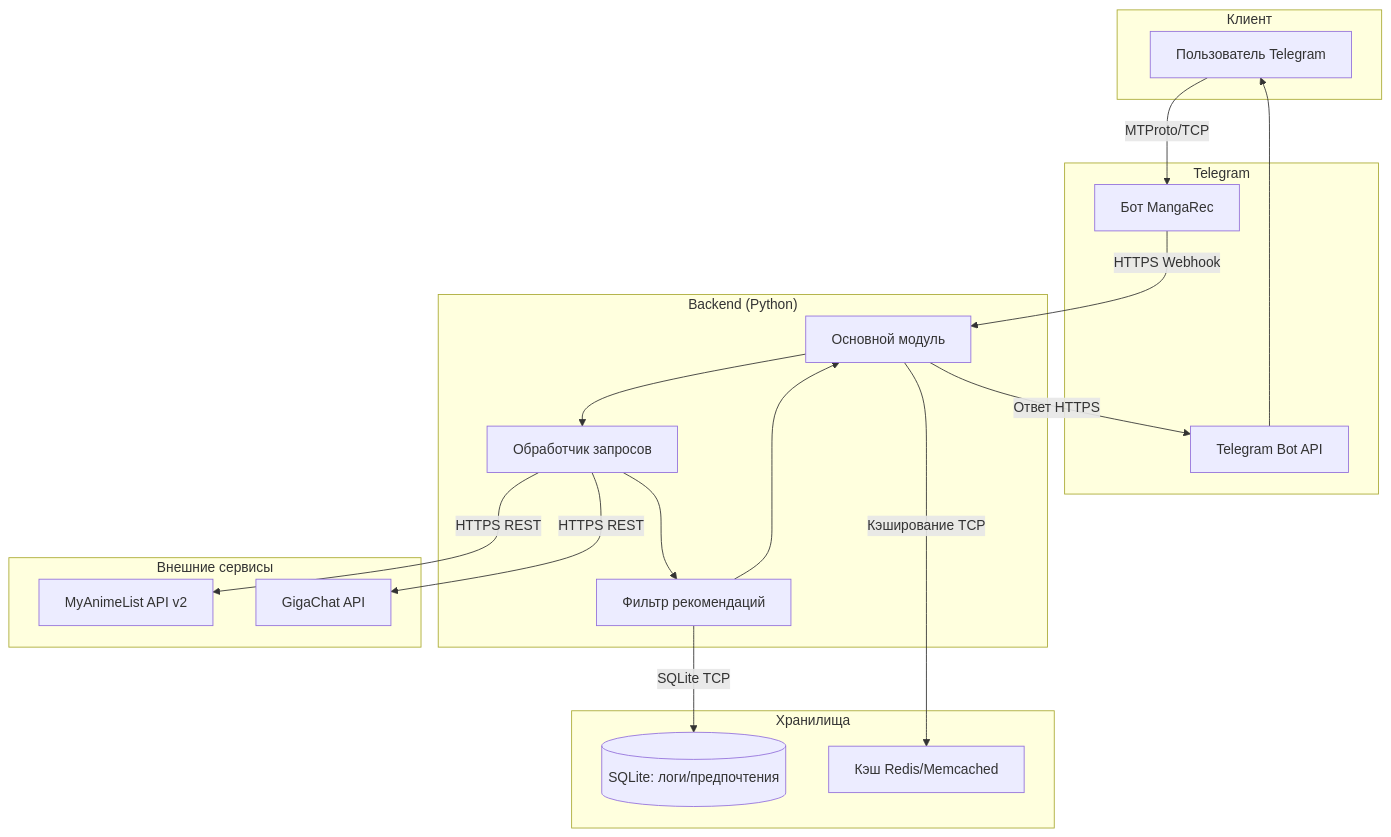
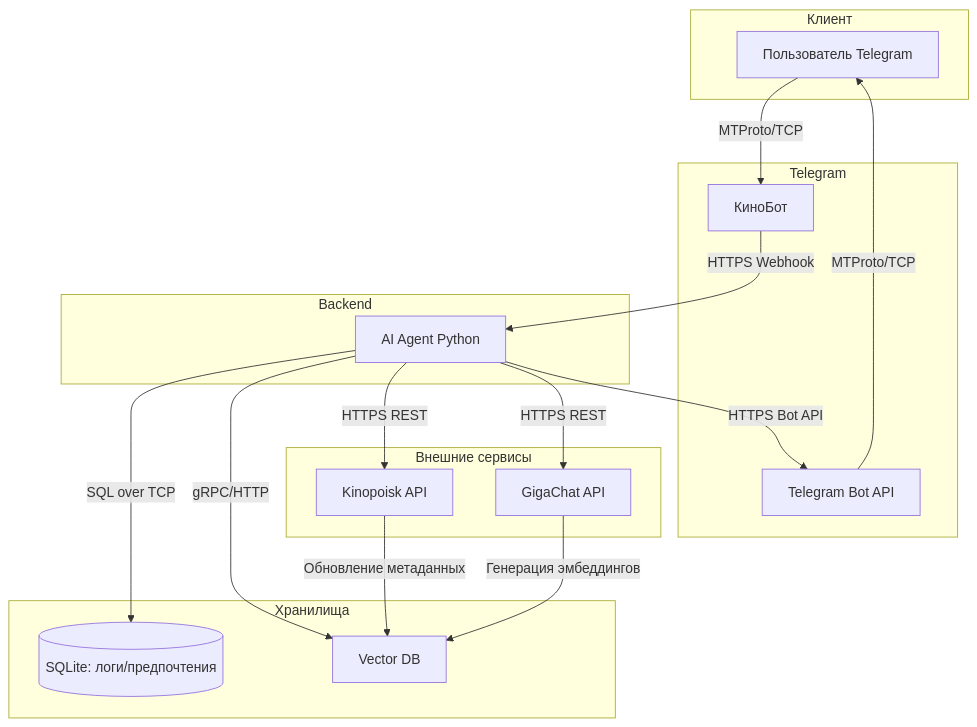
The diagram in README.md (toxicneka/catlover), drawn with Mermaid before and after one commit.

````diff
--- a/README.md
+++ b/README.md
@@ -1,41 +1,37 @@
 ```mermaid
 graph TD
     subgraph "Клиент"
         A[Пользователь Telegram]
     end
     
     subgraph "Telegram"
-        B[Бот MangaRec]
+        B[КиноБот]
         I[Telegram Bot API]
     end
     
-    subgraph "Backend (Python)"
-        D[Основной модуль]
-        E[Обработчик запросов]
-        F[Фильтр рекомендаций]
+    subgraph "Backend"
+        D[AI Agent Python]
     end
     
     subgraph "Хранилища"
         S[(SQLite: логи/предпочтения)]
-        C[Кэш Redis/Memcached]
+        V[Vector DB]
     end
     
     subgraph "Внешние сервисы"
-        M[MyAnimeList API v2]
-        G[GigaChat API]
+        K[Kinopoisk API]
+        GC[GigaChat API]
     end
 
-    A -- MTProto/TCP --> B
-    B -- HTTPS Webhook --> D
-    D --> E
-    E -- HTTPS REST --> M
-    E -- HTTPS REST --> G
-    F -- SQLite TCP --> S
-    D -- Ответ HTTPS --> I
-    I --> A
-    
-    %% Внутренние связи
-    E --> F
-    F --> D
-    D -- Кэширование TCP --> C
+    A -- "MTProto/TCP" --> B
+    B -- "HTTPS Webhook" --> D
+    D -- "SQL over TCP" --> S
+    D -- "gRPC/HTTP" --> V
+    D -- "HTTPS REST" --> K
+    D -- "HTTPS REST" --> GC
+    D -- "HTTPS Bot API" --> I
+    I -- "MTProto/TCP" --> A
+
+    GC -- "Генерация эмбеддингов" --> V
+    K -- "Обновление метаданных" --> V
 ```
````
